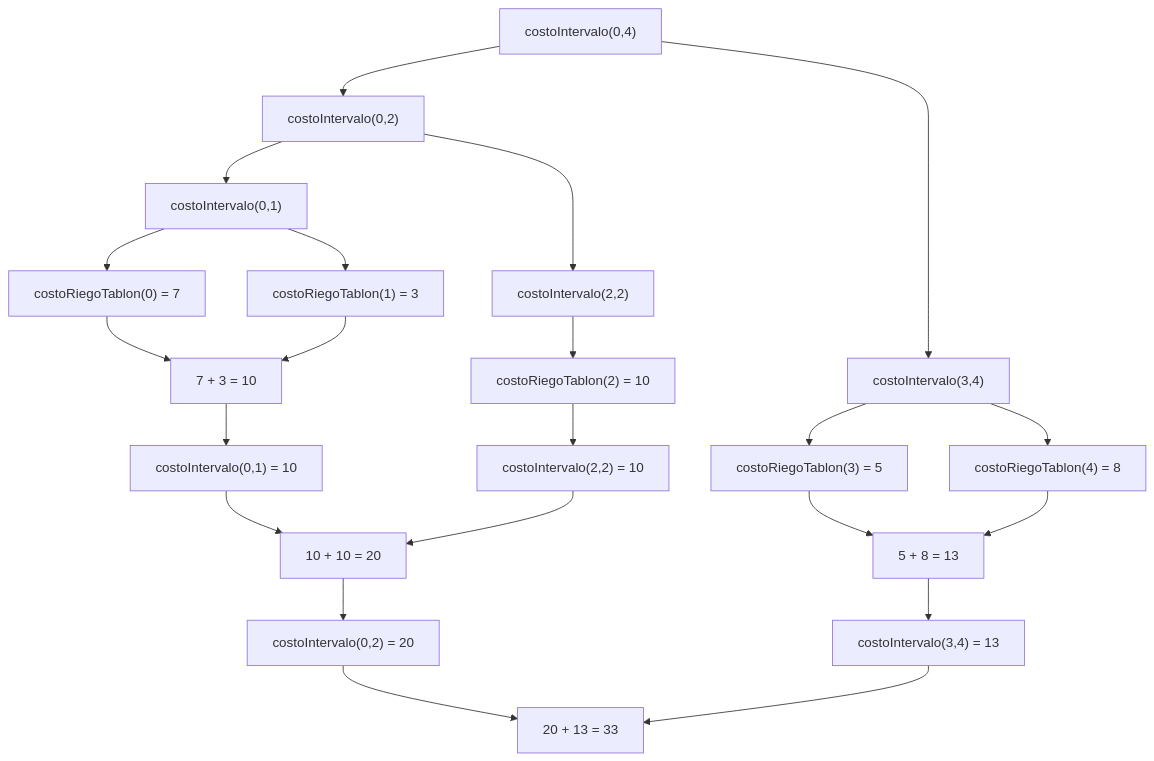
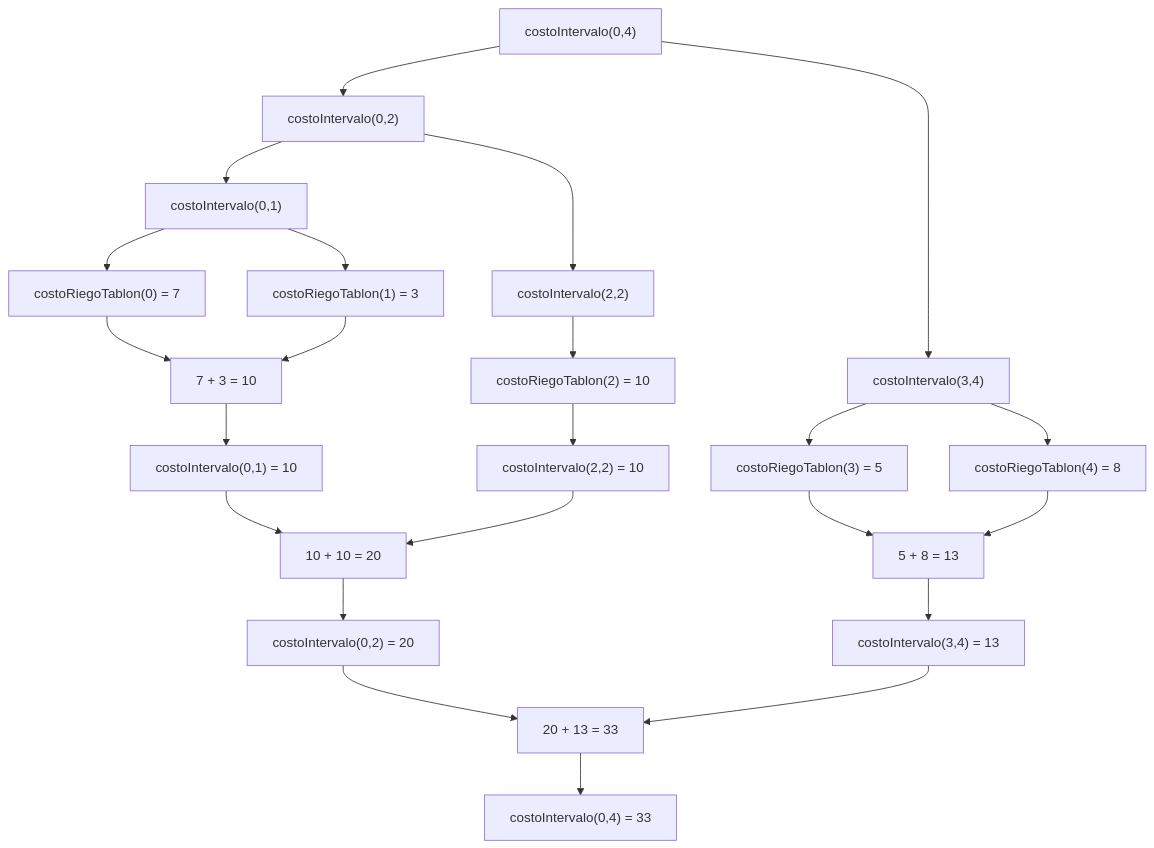
One commit to 2025-II-PFC-FLP/proyecto-final-pfc-2025-ii-master-final changed the third of 5 diagrams in docs/informeProceso.md. Above: the diagram before and after it, drawn with Mermaid.

Commit message:
ajustes diagrama proceso costoRiegoFincaPar

`````diff
--- a/docs/informeProceso.md
+++ b/docs/informeProceso.md
@@ -252,34 +252,35 @@
 ````mermaid
 graph TD
   CostoTotal["costoIntervalo(0,4)"]
   CostoTotal --> L["costoIntervalo(0,2)"]
   CostoTotal --> R["costoIntervalo(3,4)"]
 
   L --> L1["costoIntervalo(0,1)"]
   L --> L2["costoIntervalo(2,2)"]
 
   L1 --> A0["costoRiegoTablon(0) = 7"]
   L1 --> A1["costoRiegoTablon(1) = 3"]
 
   L2 --> B2["costoRiegoTablon(2) = 10"]
 
   R --> R0["costoRiegoTablon(3) = 5"]
   R --> R1["costoRiegoTablon(4) = 8"]
 
   %% valores finales
   A0 --> SumA["7 + 3 = 10"]
   A1 --> SumA
   SumA --> ResL1["costoIntervalo(0,1) = 10"]
   B2 --> ResL2["costoIntervalo(2,2) = 10"]
   ResL1 --> SumL["10 + 10 = 20"]
   ResL2 --> SumL
   SumL --> ResL["costoIntervalo(0,2) = 20"]
   
   R0 --> SumR["5 + 8 = 13"]
   R1 --> SumR
   SumR --> ResR["costoIntervalo(3,4) = 13"]
   
   %% Total
   ResL --> Total["20 + 13 = 33"]
   ResR --> Total
+  Total --> ResLR["costoIntervalo(0,4) = 33"]
 ````
`````
